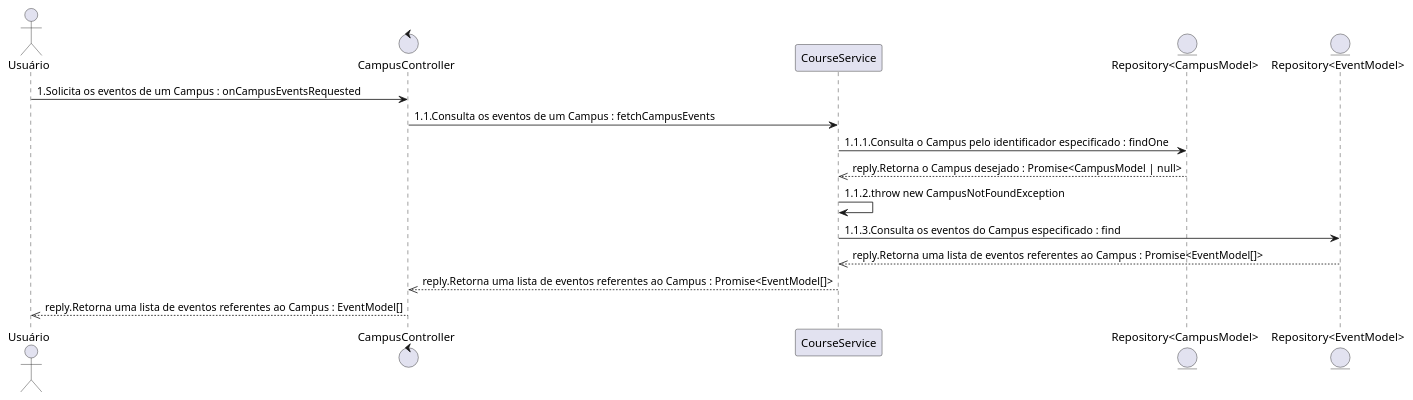
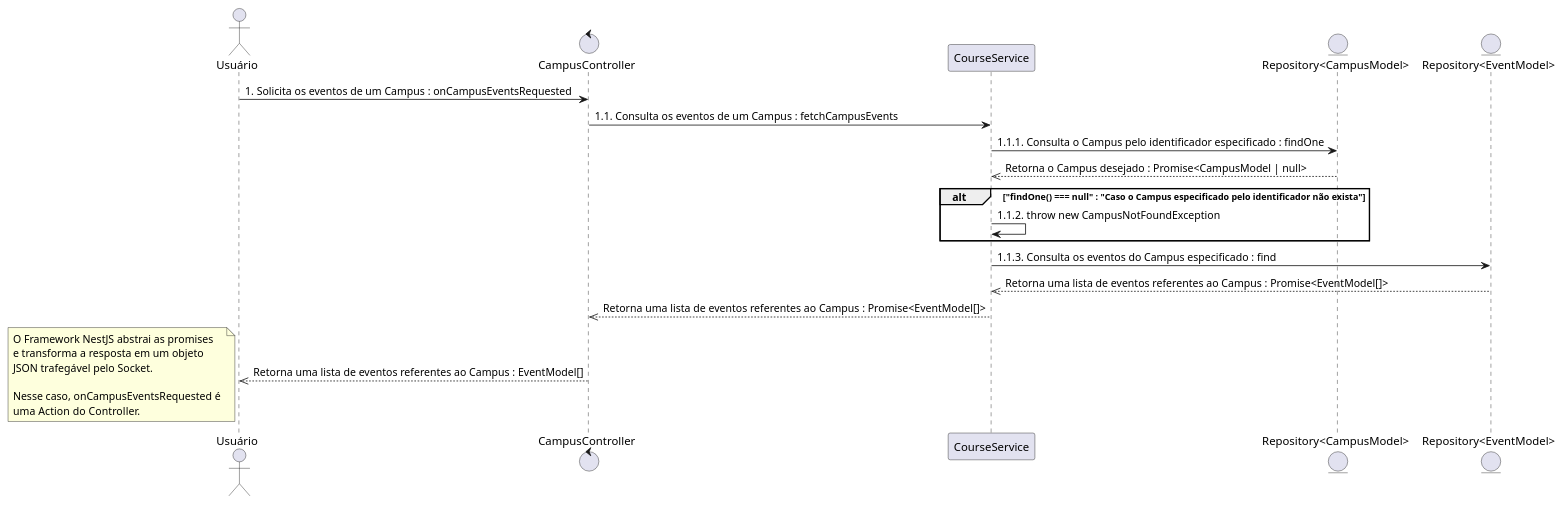
Before and after one commit to MurylloEx/Seja-UPE-Docs: the diagram in src/C1. Visão Geral/C2. Sistema/C3. Endpoints RESTful (Server)/C4. Visão de Processo/[PUML] Sequência - Obter Eventos do Campus.puml, drawn with PlantUML. The commit also changed 34 other files, not shown here.

Commit message:
:sparkles: feature: Added ALL C4 diagrams.

```diff
--- a/src/C1. Visão Geral/C2. Sistema/C3. Endpoints RESTful (Server)/C4. Visão de Processo/[PUML] Sequência - Obter Eventos do Campus.puml
+++ b/src/C1. Visão Geral/C2. Sistema/C3. Endpoints RESTful (Server)/C4. Visão de Processo/[PUML] Sequência - Obter Eventos do Campus.puml
@@ -1,19 +1,29 @@
-@startuml
+@startuml "Sequence Diagram"
 
-actor "Usuário"
-control "CampusController"
-participant "CourseService"
-entity "Repository<CampusModel>"
-entity "Repository<EventModel>"
+actor "Usuário"                   as USER
+control "CampusController"        as CAMPUS_CONTROLLER
+participant "CourseService"       as COURSE_SERVICE
+entity "Repository<CampusModel>"  as CAMPUS_REPOSITORY
+entity "Repository<EventModel>"   as EVENT_REPOSITORY
 
-"Usuário" -> "CampusController":1.Solicita os eventos de um Campus : onCampusEventsRequested
-"CampusController" -> "CourseService":1.1.Consulta os eventos de um Campus : fetchCampusEvents
-"CourseService" -> "Repository<CampusModel>":1.1.1.Consulta o Campus pelo identificador especificado : findOne
-"Repository<CampusModel>" -->> "CourseService":reply.Retorna o Campus desejado : Promise<CampusModel | null>
-"CourseService" -> "CourseService":1.1.2.throw new CampusNotFoundException
-"CourseService" -> "Repository<EventModel>":1.1.3.Consulta os eventos do Campus especificado : find
-"Repository<EventModel>" -->> "CourseService":reply.Retorna uma lista de eventos referentes ao Campus : Promise<EventModel[]>
-"CourseService" -->> "CampusController":reply.Retorna uma lista de eventos referentes ao Campus : Promise<EventModel[]>
-"CampusController" -->> "Usuário":reply.Retorna uma lista de eventos referentes ao Campus : EventModel[]
+USER -> CAMPUS_CONTROLLER : 1. Solicita os eventos de um Campus : onCampusEventsRequested
+CAMPUS_CONTROLLER -> COURSE_SERVICE : 1.1. Consulta os eventos de um Campus : fetchCampusEvents
+COURSE_SERVICE -> CAMPUS_REPOSITORY : 1.1.1. Consulta o Campus pelo identificador especificado : findOne
+CAMPUS_REPOSITORY -->> COURSE_SERVICE : Retorna o Campus desejado : Promise<CampusModel | null>
+alt "findOne() === null" : "Caso o Campus especificado pelo identificador não exista"
+  COURSE_SERVICE -> COURSE_SERVICE : 1.1.2. throw new CampusNotFoundException
+end
+COURSE_SERVICE -> EVENT_REPOSITORY : 1.1.3. Consulta os eventos do Campus especificado : find
+EVENT_REPOSITORY -->> COURSE_SERVICE : Retorna uma lista de eventos referentes ao Campus : Promise<EventModel[]>
+COURSE_SERVICE -->> CAMPUS_CONTROLLER : Retorna uma lista de eventos referentes ao Campus : Promise<EventModel[]>
+CAMPUS_CONTROLLER -->> USER : Retorna uma lista de eventos referentes ao Campus : EventModel[]
+note left
+  O Framework NestJS abstrai as promises 
+  e transforma a resposta em um objeto 
+  JSON trafegável pelo Socket. 
+
+  Nesse caso, onCampusEventsRequested é 
+  uma Action do Controller.
+end note
 
 @enduml
```
